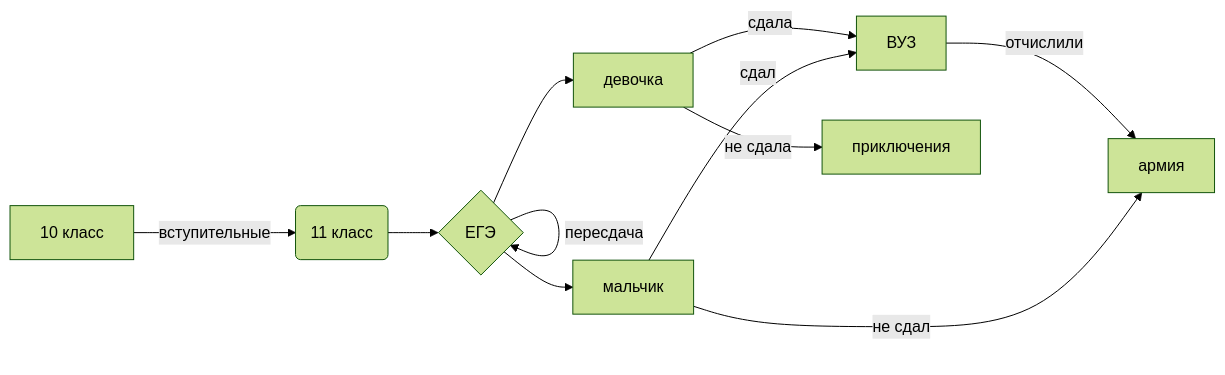
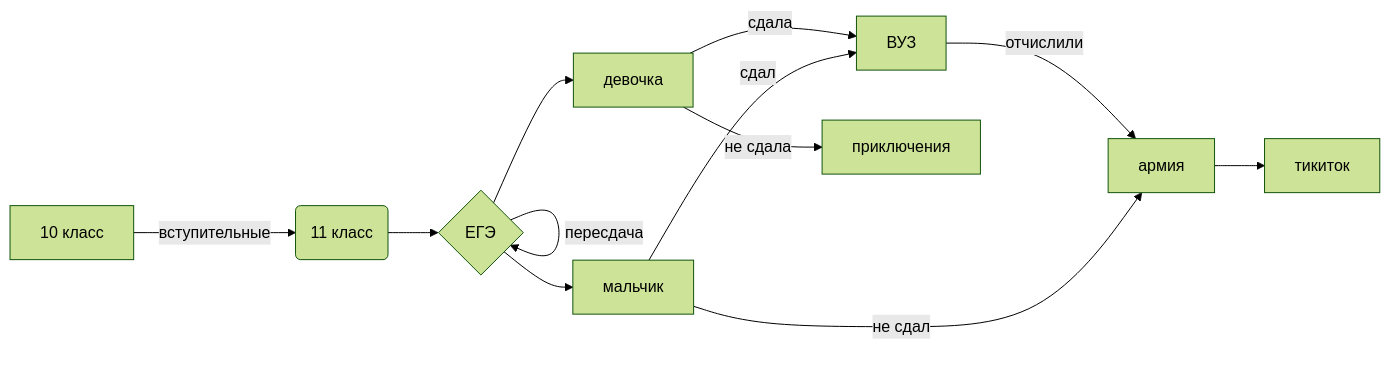
The diagram in README.md (HaterYuumi/-051), drawn with Mermaid (forest theme) before and after one commit.

````diff
--- a/README.md
+++ b/README.md
@@ -23,14 +23,15 @@
 ```mermaid
 flowchart LR
 
 A[10 класс] -->|вступительные| B(11 класс)
 B --> C{ЕГЭ}
 C -->|пересдача| C
 C --> D[мальчик]
 C --> E[девочка]
 D --> |не сдал| F[армия]
 D --> |сдал| G[ВУЗ]
 G -->|отчислили| F
+F --> I[тикиток]
 E --> |сдалa| G
 E --> |не сдала| H[приключения]
 ```
````
